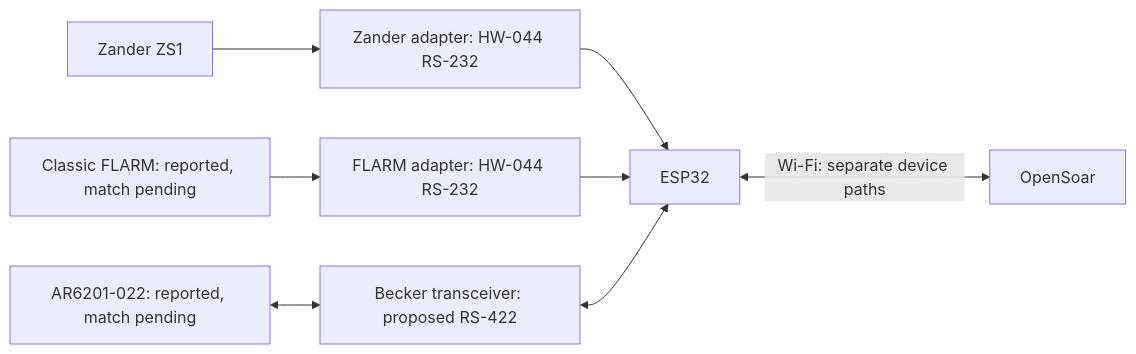
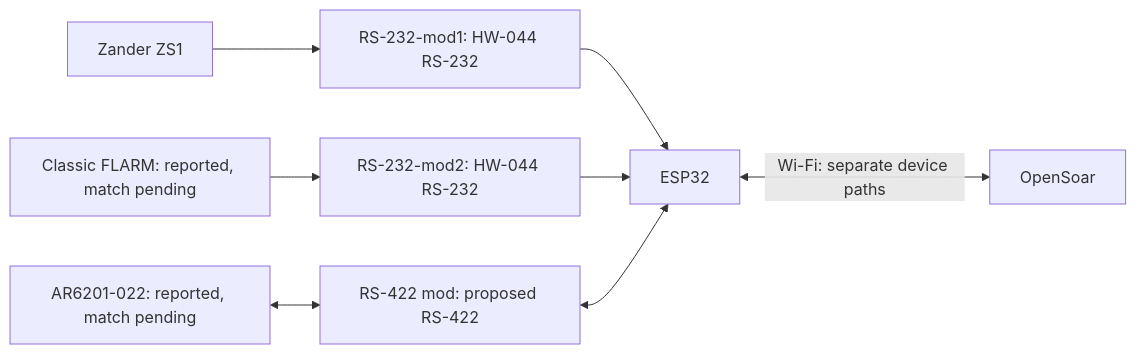
One commit to MomoRC-tech/Becker-AR6201-to-OpenSoar changed the first of 2 diagrams in docs/connections.md. Above: the diagram before and after it, drawn with Mermaid. The commit also changed other lines of this file and 5 other files, not shown here.

````diff
--- a/docs/connections.md
+++ b/docs/connections.md
@@ -9,10 +11,10 @@
 ```mermaid
 flowchart LR
-    Z[Zander ZS1] --> NZ["Zander adapter: HW-044 RS-232"]
-    F["Classic FLARM: reported, match pending"] --> NF["FLARM adapter: HW-044 RS-232"]
+    Z[Zander ZS1] --> NZ["RS-232-mod1: HW-044 RS-232"]
+    F["Classic FLARM: reported, match pending"] --> NF["RS-232-mod2: HW-044 RS-232"]
     NZ --> E[ESP32]
     NF --> E
-    B["AR6201-022: reported, match pending"] <--> R["Becker transceiver: proposed RS-422"]
+    B["AR6201-022: reported, match pending"] <--> R["RS-422 mod: proposed RS-422"]
     R <--> E
     E <-->|Wi-Fi: separate device paths| O[OpenSoar]
 ```
````
